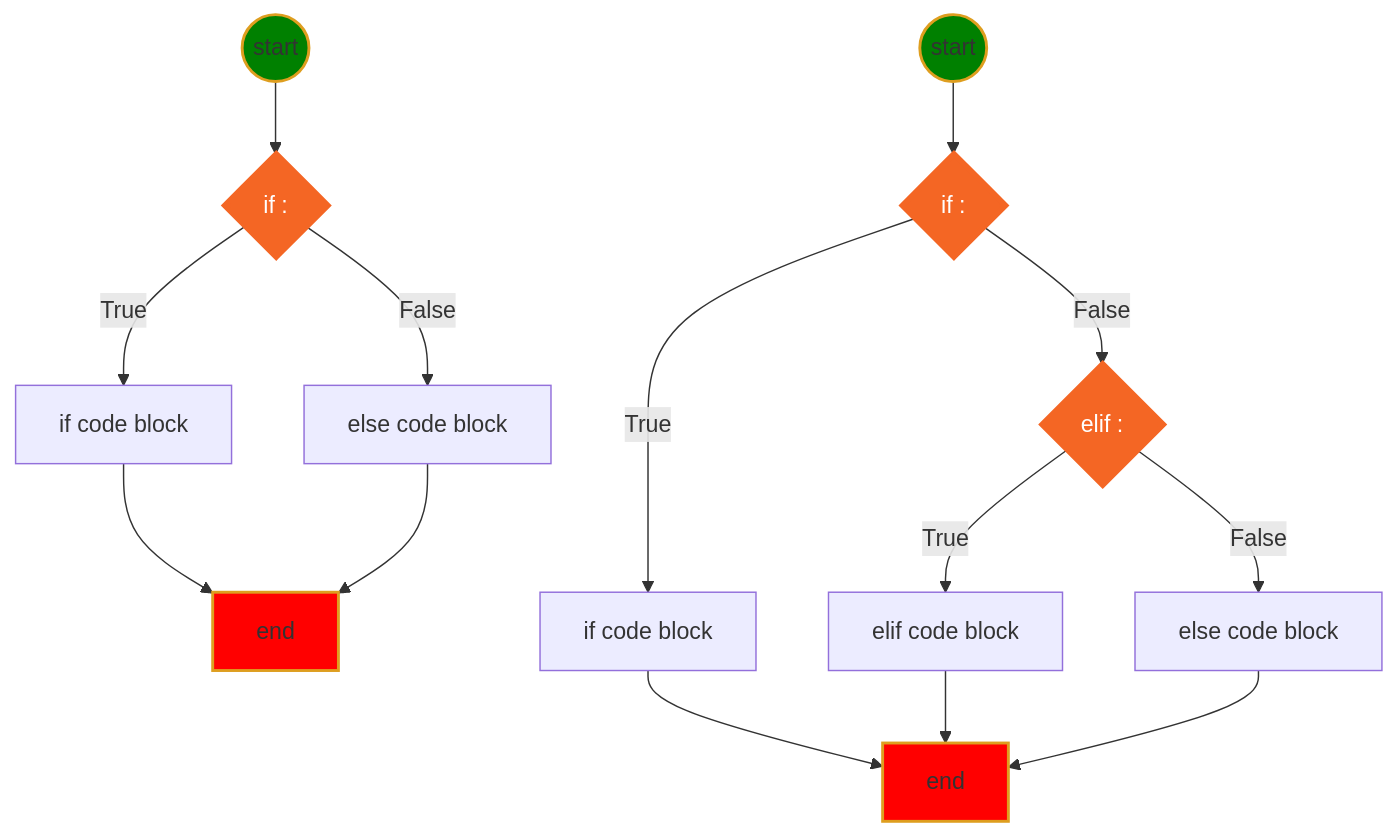
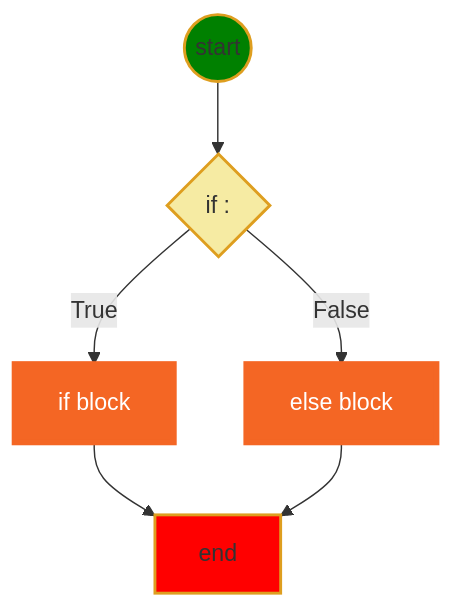
The first of 3 diagrams in doc/python.md (jwang1122/python1), drawn with Mermaid before and after one commit. The commit also changed other lines of this file and 10 other files, not shown here.

````diff
--- a/doc/python.md
+++ b/doc/python.md
@@ -65,35 +93,23 @@
 ```mermaid
 graph TB
-A((start))
-B{if <condition>:}
-C[if code block]
-D[else code block]
-E[end]
+START((start))
+END[end]
+IF{if <condition>:}
+C[if block]
+D[else block]
 
-
-A-->B
-B--True-->C-->E
-B--False-->D-->E
-
-A1((start))
-B1{if <condition>:}
-B2{elif <condition>:}
-C1[if code block]
-D1[elif code block]
-E1[end]
-F1[else code block]
-
-A1-->B1
-B1--True-->C1-->E1
-B1--False-->B2--True-->D1-->E1
-B2--False-->F1-->E1
-
+START-->IF
+IF--True-->C-->END
+IF--False-->D-->END
 
 classDef html fill:#F46624,stroke:#F46624,stroke-width:4px,color:white;
 classDef js fill:yellow,stroke:#DE9E1F,stroke-width:2px;
+classDef if fill:#F6EBA3,stroke:#DE9E1F,stroke-width:2px;
 classDef start fill:green,stroke:#DE9E1F,stroke-width:2px;
 classDef end1 fill:red,stroke:#DE9E1F,stroke-width:2px;
-class A,A1 start
-class B,B1,B2 html
-class E,E1 end1
+
+class START start
+class END end1
+class B,C,D html
+class IF if
 ```
````
